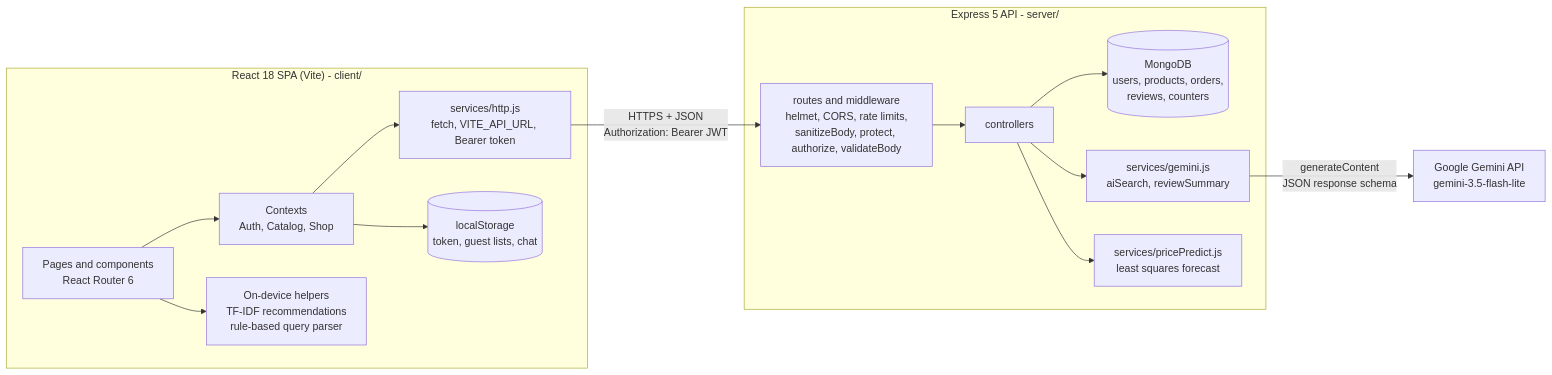
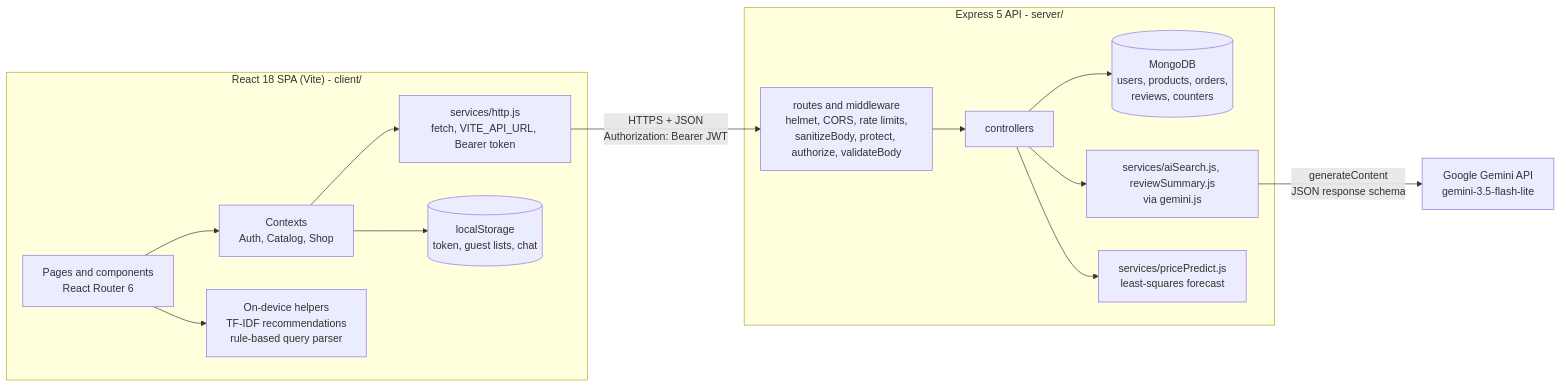
The diagram in README.md (fathimakh/ShopSmart-Capstone), drawn with Mermaid before and after one commit. The commit also changed other lines of this file, not shown here.

````diff
--- a/README.md
+++ b/README.md
@@ -178,17 +181,17 @@
 ```mermaid
 flowchart LR
     subgraph Browser["React 18 SPA (Vite) - client/"]
         UI["Pages and components<br/>React Router 6"] --> CTX["Contexts<br/>Auth, Catalog, Shop"]
         CTX --> HTTP["services/http.js<br/>fetch, VITE_API_URL, Bearer token"]
         UI --> LOCAL["On-device helpers<br/>TF-IDF recommendations<br/>rule-based query parser"]
         CTX --> LS[("localStorage<br/>token, guest lists, chat")]
     end
     HTTP -->|"HTTPS + JSON<br/>Authorization: Bearer JWT"| API
     subgraph Server["Express 5 API - server/"]
         API["routes and middleware<br/>helmet, CORS, rate limits,<br/>sanitizeBody, protect, authorize, validateBody"] --> C["controllers"]
         C --> M[("MongoDB<br/>users, products, orders,<br/>reviews, counters")]
-        C --> AI["services/gemini.js<br/>aiSearch, reviewSummary"]
-        C --> PP["services/pricePredict.js<br/>least squares forecast"]
+        C --> AI["services/aiSearch.js, reviewSummary.js<br/>via gemini.js"]
+        C --> PP["services/pricePredict.js<br/>least-squares forecast"]
     end
     AI -->|"generateContent<br/>JSON response schema"| G["Google Gemini API<br/>gemini-3.5-flash-lite"]
 ```
````
